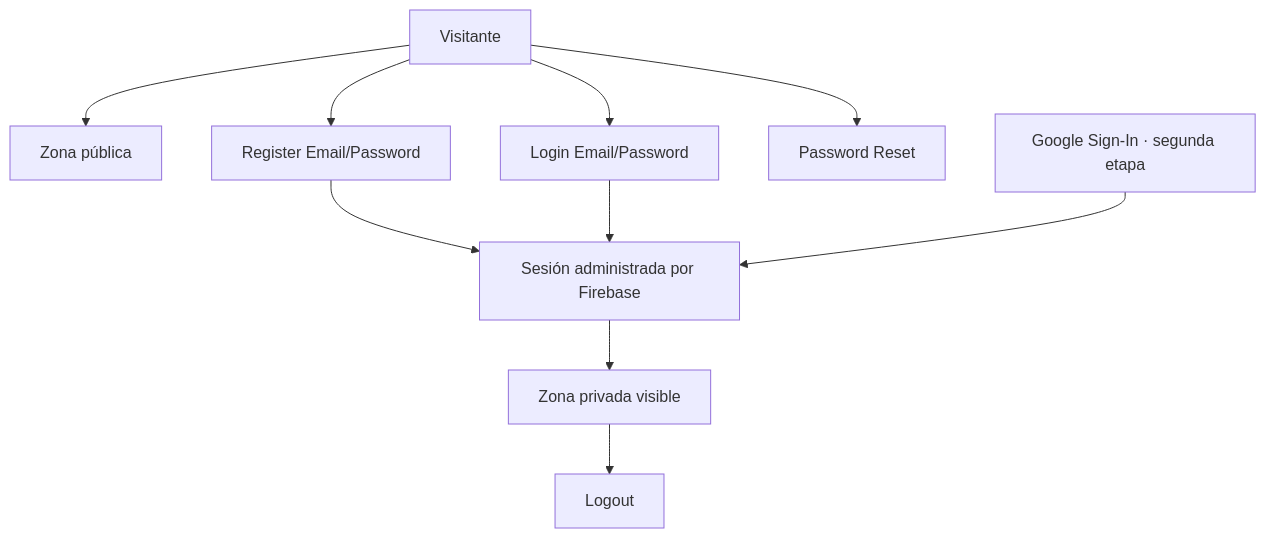
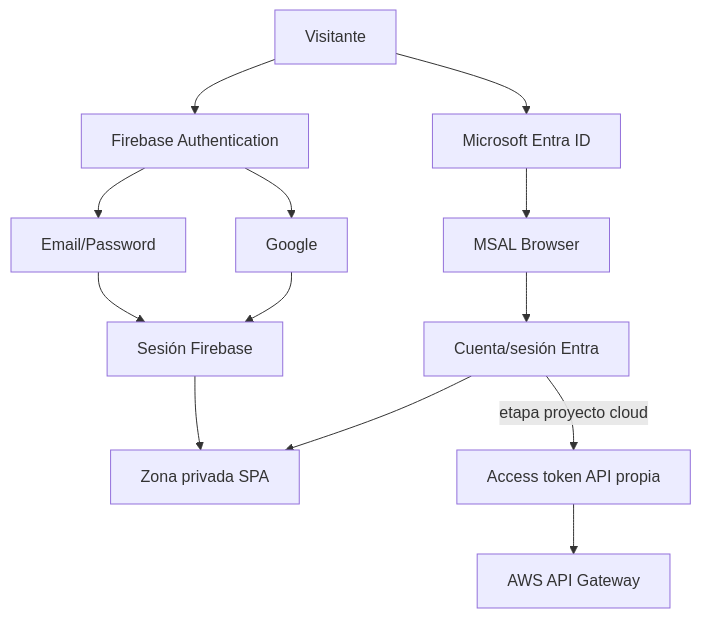
One commit to cmartinezs/DSY1107-DESARROLLO-CLOUD-NATIVE-I-2026-2 changed the fourth of 4 diagrams in labs/firebase-auth-miniapp/README.md. Above: the diagram before and after it, drawn with Mermaid. The commit also changed other lines of this file, not shown here.

Commit message:
docs(lab): integrate MSAL as third identity stage

````diff
--- a/labs/firebase-auth-miniapp/README.md
+++ b/labs/firebase-auth-miniapp/README.md
@@ -226,14 +296,19 @@
 ```mermaid
-flowchart TD
-    V[Visitante] --> PUB[Zona pública]
-    V --> REG[Register Email/Password]
-    V --> LOG[Login Email/Password]
-    V --> RESET[Password Reset]
+flowchart TB
+    V[Visitante] --> FIREBASE[Firebase Authentication]
+    V --> ENTRA[Microsoft Entra ID]
 
-    REG --> AUTH[Sesión administrada por Firebase]
-    LOG --> AUTH
-    AUTH --> PRIV[Zona privada visible]
-    PRIV --> OUT[Logout]
+    FIREBASE --> EMAIL[Email/Password]
+    FIREBASE --> GOOGLE[Google]
+    EMAIL --> FSESSION[Sesión Firebase]
+    GOOGLE --> FSESSION
 
-    G[Google Sign-In · segunda etapa] --> AUTH
+    ENTRA --> MSAL[MSAL Browser]
+    MSAL --> ESESSION[Cuenta/sesión Entra]
+
+    FSESSION --> PRIV[Zona privada SPA]
+    ESESSION --> PRIV
+
+    ESESSION -->|etapa proyecto cloud| TOKEN[Access token API propia]
+    TOKEN --> GW[AWS API Gateway]
 ```
````
